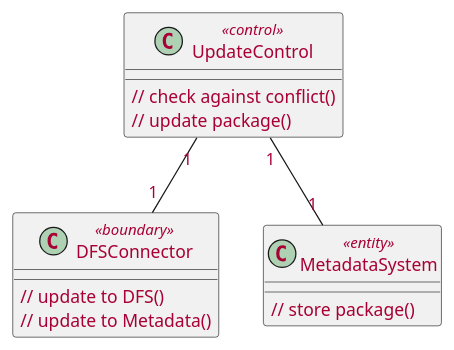
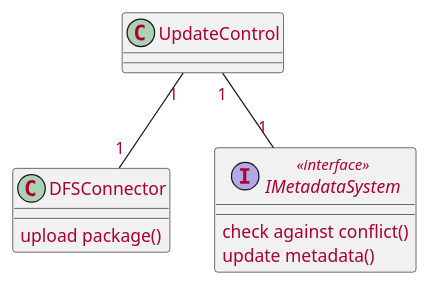
Diagram 16 of 16 in source/solution/use-case-design.rst (McSinyx/ipppi), drawn with PlantUML before and after one commit. The commit also changed other lines of this file, not shown here.

```diff
--- a/source/solution/use-case-design.rst
+++ b/source/solution/use-case-design.rst
@@ -559,20 +533,17 @@
 .. uml::
 
    skinparam defaultFontColor #a80036
 
-   class DFSConnector <<boundary>> {
-      // update to DFS()
-      // update to Metadata()
+   class UpdateControl
+
+   class DFSConnector {
+      upload package()
    }
 
-   class UpdateControl <<control>> {
-      // check against conflict()
-      // update package()
-   }
-
-   class MetadataSystem <<entity>> {
-      // store package()
+   interface IMetadataSystem <<interface>> {
+      check against conflict()
+      update metadata()
    }
 
    UpdateControl "1" -- "1" DFSConnector
-   UpdateControl "1" -- "1" MetadataSystem
+   UpdateControl "1" -- "1" IMetadataSystem
```
